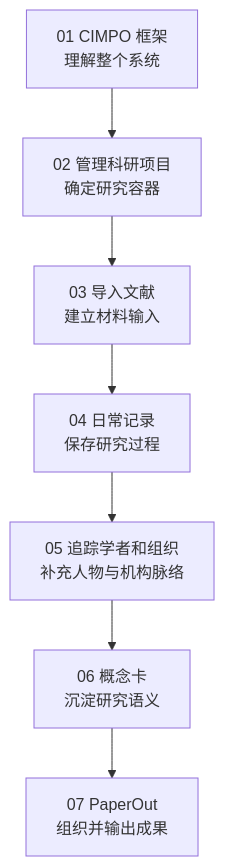
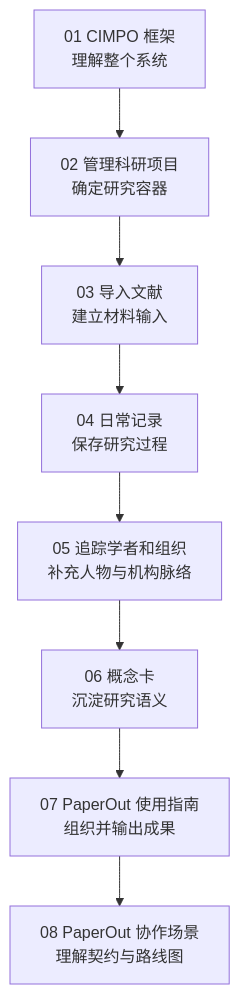
Before and after one commit to PaperBell-Org/paperbell-docs: the diagram in 03-详细教程/index.md, drawn with Mermaid. The commit also changed other lines of this file and 63 other files, not shown here.

````diff
--- a/03-详细教程/index.md
+++ b/03-详细教程/index.md
@@ -29,9 +29,10 @@
 ```mermaid
 flowchart TB
     A[01 CIMPO 框架<br/>理解整个系统] --> B[02 管理科研项目<br/>确定研究容器]
     B --> C[03 导入文献<br/>建立材料输入]
     C --> D[04 日常记录<br/>保存研究过程]
     D --> E[05 追踪学者和组织<br/>补充人物与机构脉络]
     E --> F[06 概念卡<br/>沉淀研究语义]
-    F --> G[07 PaperOut<br/>组织并输出成果]
+    F --> G[07 PaperOut 使用指南<br/>组织并输出成果]
+    G --> H[08 PaperOut 协作场景<br/>理解契约与路线图]
 ```
````
